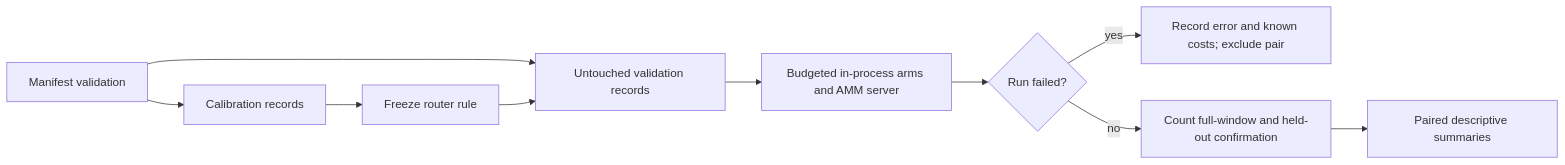
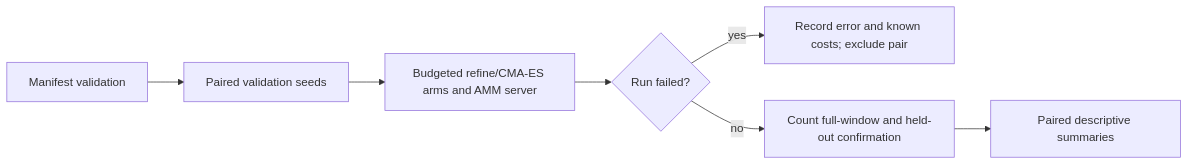
The diagram in docs/archive/pr-summaries/pr-summary-266.md (stSoftwareAU/NEAT-AI-Lamarck), drawn with Mermaid before and after one commit. The commit also changed other lines of this file and 2 other files, not shown here.

First line of the commit message:
Update the #266 PR summary and label router-era AMM evidence

````diff
--- a/docs/archive/pr-summaries/pr-summary-266.md
+++ b/docs/archive/pr-summaries/pr-summary-266.md
@@ -56,12 +61,9 @@
 ```mermaid
 flowchart LR
-    M[Manifest validation] --> C[Calibration records]
-    M --> V[Untouched validation records]
-    C --> R[Freeze router rule]
-    R --> V
-    V --> B[Budgeted in-process arms and AMM server]
+    M[Manifest validation] --> V[Paired validation seeds]
+    V --> B[Budgeted refine/CMA-ES arms and AMM server]
     B --> F{Run failed?}
     F -->|yes| E[Record error and known costs; exclude pair]
     F -->|no| H[Count full-window and held-out confirmation]
     H --> S[Paired descriptive summaries]
 ```
````
